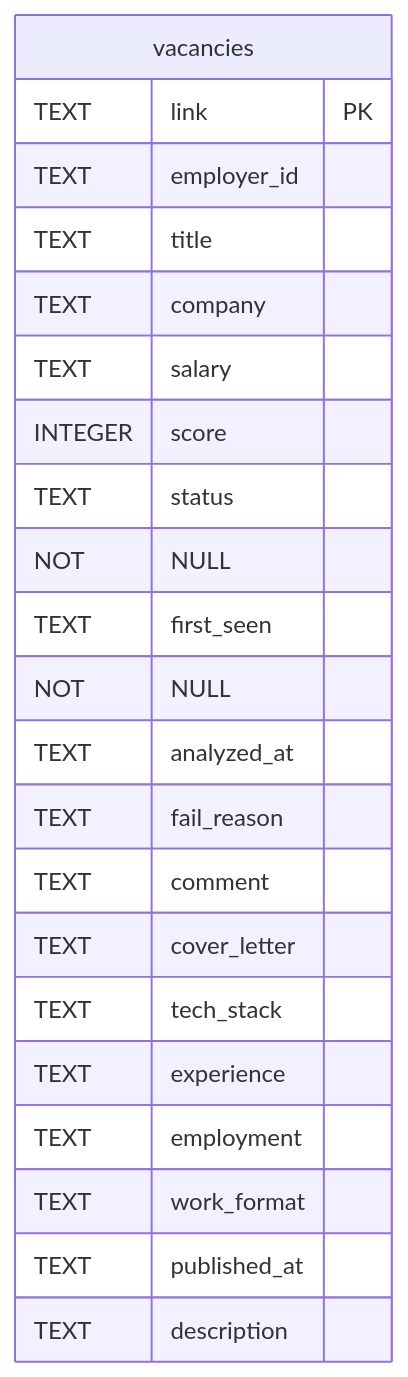
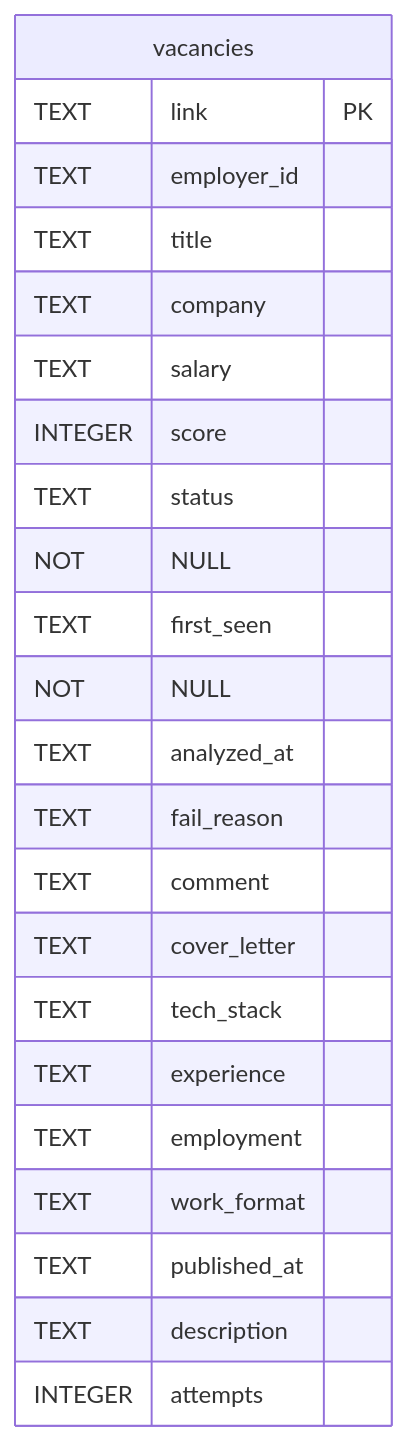
The second of 2 diagrams in docs/architecture.md (H09an/AiRecruiter), drawn with Mermaid before and after one commit. The commit also changed other lines of this file and 23 other files, not shown here.

````diff
--- a/docs/architecture.md
+++ b/docs/architecture.md
@@ -148,23 +171,24 @@
 ```mermaid
 erDiagram
     vacancies {
         TEXT link PK
         TEXT employer_id
         TEXT title
         TEXT company
         TEXT salary
         INTEGER score
         TEXT status NOT NULL
         TEXT first_seen NOT NULL
         TEXT analyzed_at
         TEXT fail_reason
         TEXT comment
         TEXT cover_letter
         TEXT tech_stack
         TEXT experience
         TEXT employment
         TEXT work_format
         TEXT published_at
         TEXT description
+        INTEGER attempts
     }
 ```
````
